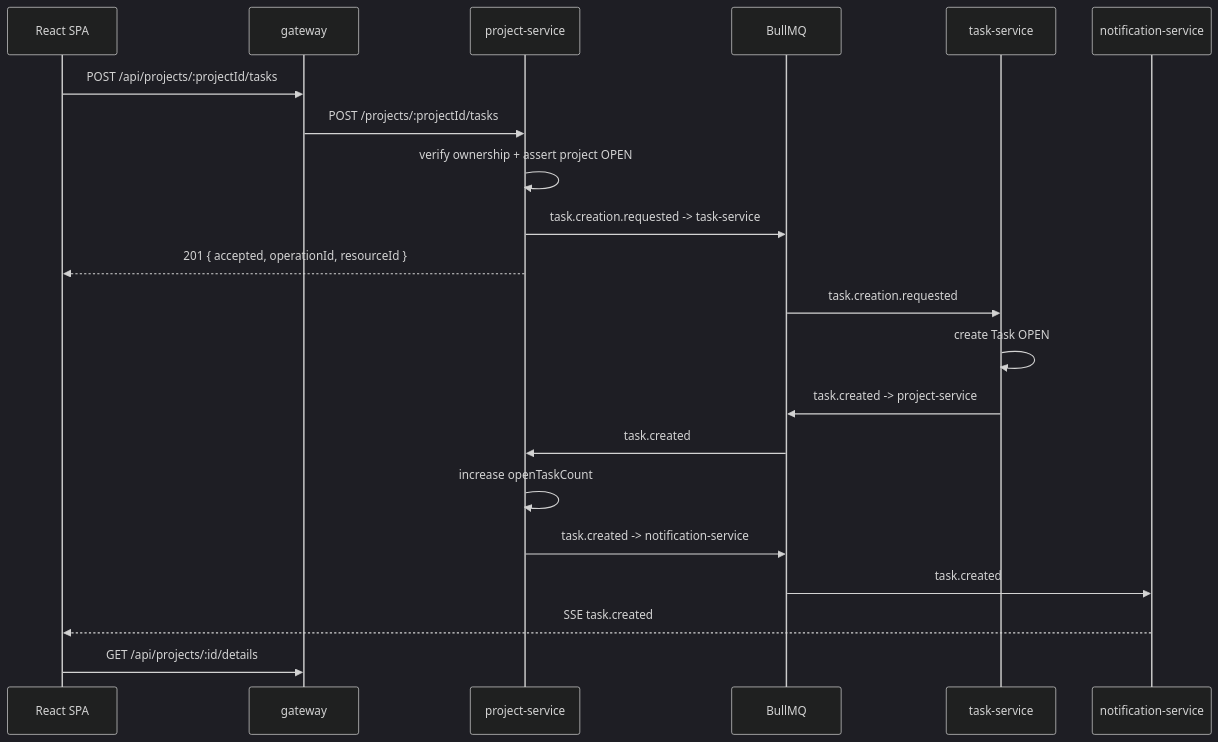
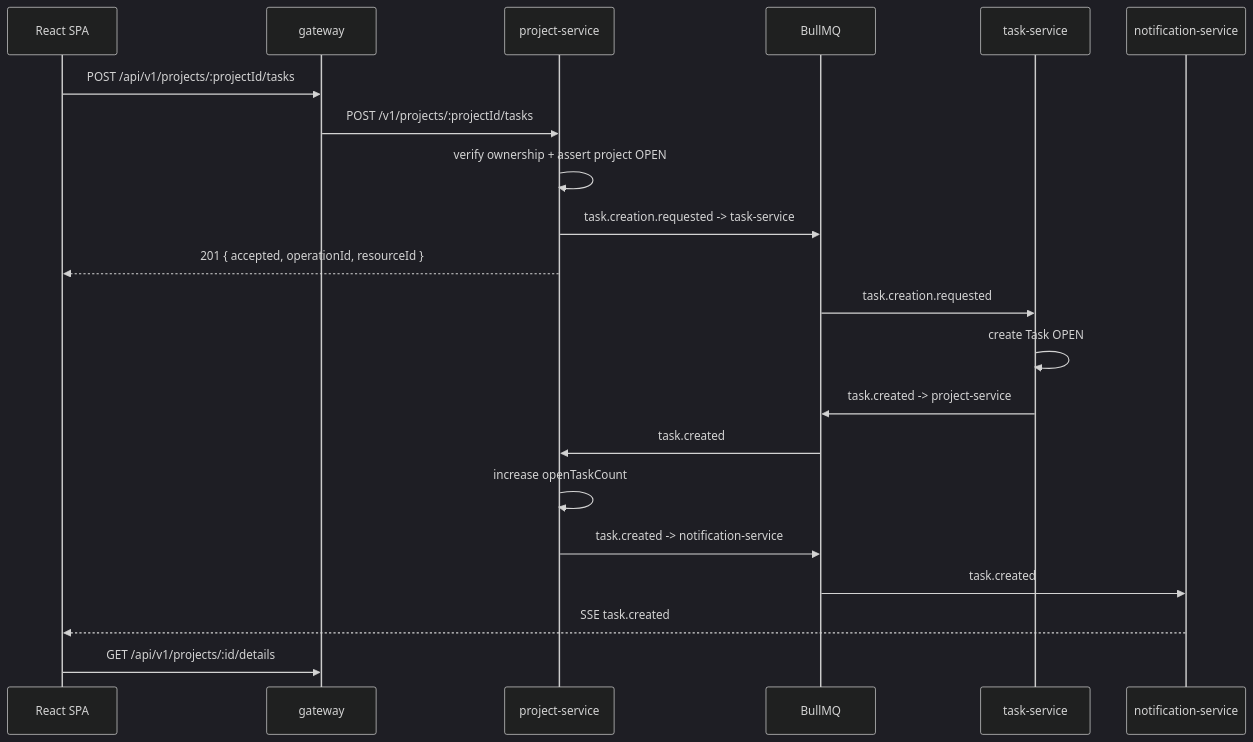
The fifth of 5 diagrams in docs/technical/architecture.md (Tres7/projet-archi-to-do-list), drawn with Mermaid (dark theme) before and after one commit. The commit also changed other lines of this file and 13 other files, not shown here.

````diff
--- a/docs/technical/architecture.md
+++ b/docs/technical/architecture.md
@@ -325,24 +337,24 @@
 ```mermaid
 sequenceDiagram
     participant UI as React SPA
     participant GW as gateway
     participant PROJ as project-service
     participant BUS as BullMQ
     participant TASK as task-service
     participant NOTIF as notification-service
 
-    UI->>GW: POST /api/projects/:projectId/tasks
-    GW->>PROJ: POST /projects/:projectId/tasks
+    UI->>GW: POST /api/v1/projects/:projectId/tasks
+    GW->>PROJ: POST /v1/projects/:projectId/tasks
     PROJ->>PROJ: verify ownership + assert project OPEN
     PROJ->>BUS: task.creation.requested -> task-service
     PROJ-->>UI: 201 { accepted, operationId, resourceId }
     BUS->>TASK: task.creation.requested
     TASK->>TASK: create Task OPEN
     TASK->>BUS: task.created -> project-service
     BUS->>PROJ: task.created
     PROJ->>PROJ: increase openTaskCount
     PROJ->>BUS: task.created -> notification-service
     BUS->>NOTIF: task.created
     NOTIF-->>UI: SSE task.created
-    UI->>GW: GET /api/projects/:id/details
+    UI->>GW: GET /api/v1/projects/:id/details
 ```
````
